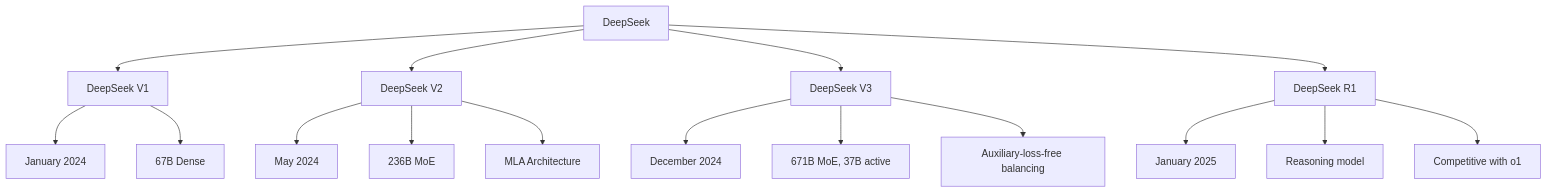
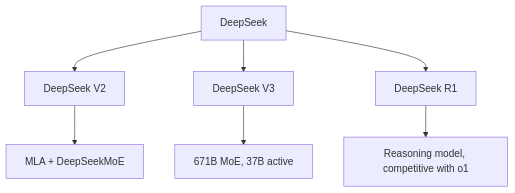
Before and after one commit to vanos001/placement_prep: the first of 3 diagrams in src/llm/sota/deepseek.md, drawn with Mermaid. The commit also changed other lines of this file and 5 other files, not shown here.

````diff
--- a/src/llm/sota/deepseek.md
+++ b/src/llm/sota/deepseek.md
@@ -7,22 +9,9 @@
 ```mermaid
 graph TD
-    A[DeepSeek] --> B[DeepSeek V1]
-    A --> C[DeepSeek V2]
-    A --> D[DeepSeek V3]
-    A --> E[DeepSeek R1]
-    
-    B --> B1["January 2024"]
-    B --> B2["67B Dense"]
-    
-    C --> C1["May 2024"]
-    C --> C2["236B MoE"]
-    C --> C3["MLA Architecture"]
-    
-    D --> D1["December 2024"]
-    D --> D2["671B MoE, 37B active"]
-    D --> D3["Auxiliary-loss-free balancing"]
-    
-    E --> E1["January 2025"]
-    E --> E2["Reasoning model"]
-    E --> E3["Competitive with o1"]
+    A[DeepSeek] --> B[DeepSeek V2]
+    A --> C[DeepSeek V3]
+    A --> D[DeepSeek R1]
+    B --> B1[MLA + DeepSeekMoE]
+    C --> C1[671B MoE, 37B active]
+    D --> D1[Reasoning model, competitive with o1]
 ```
````
